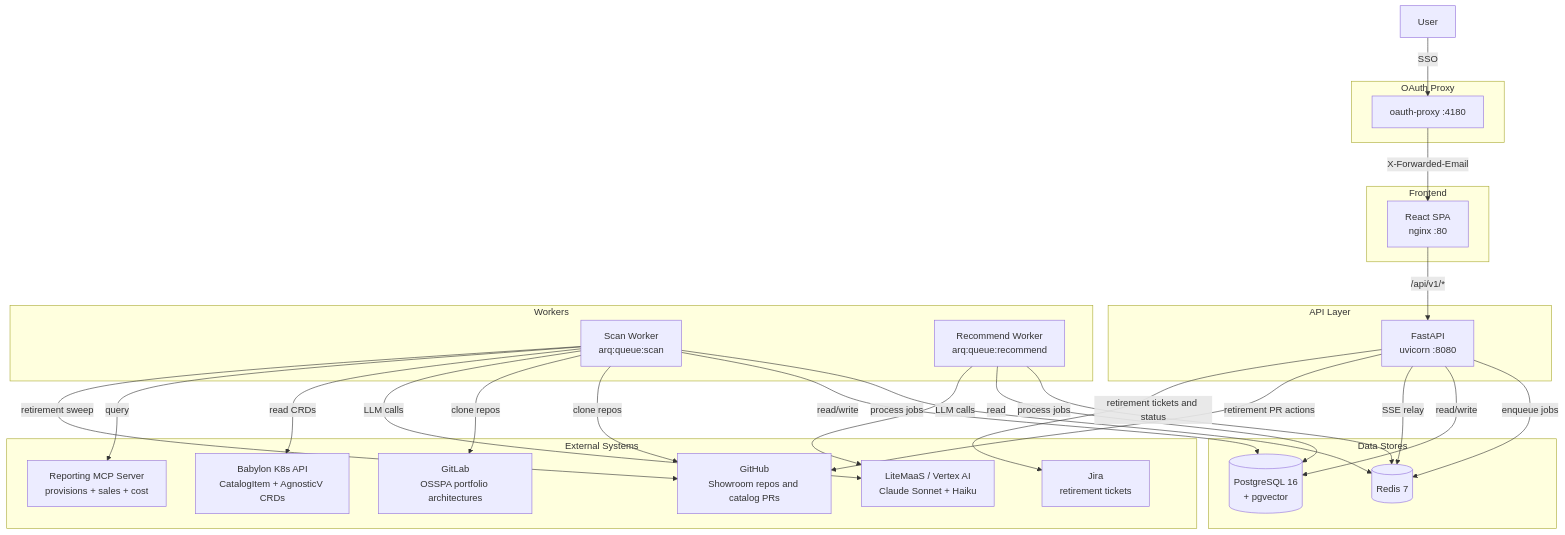
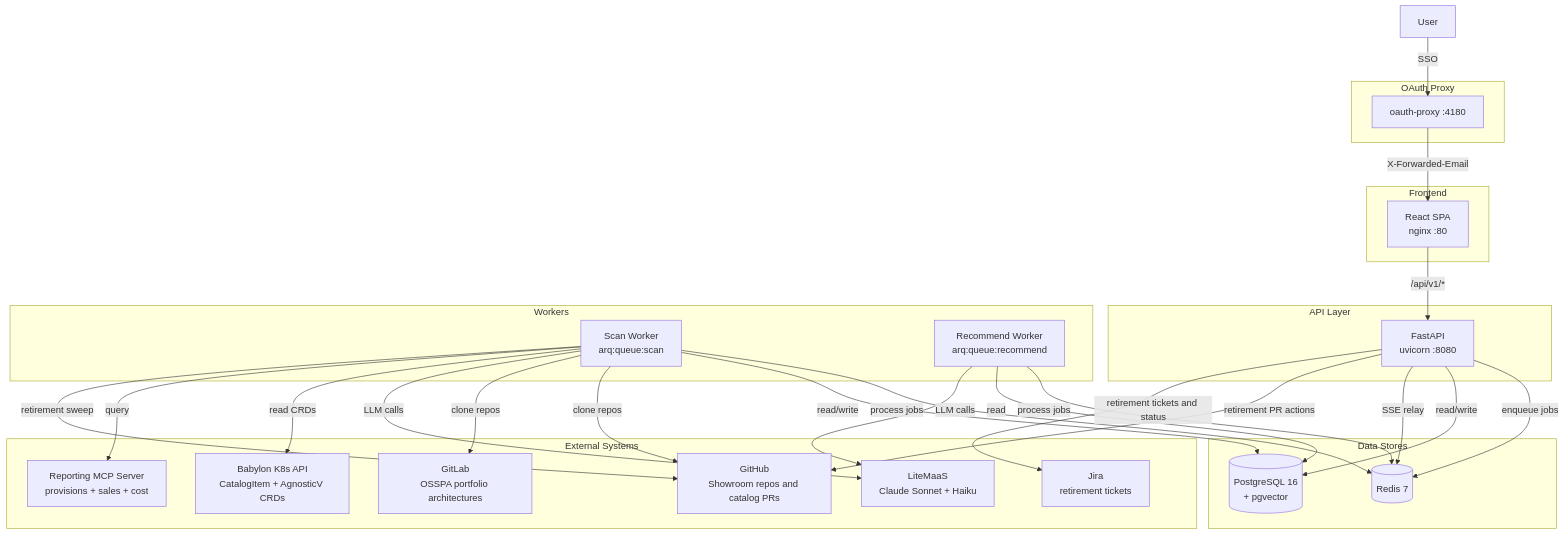
The diagram in docs/architecture/system-design.md (rhpds/rcars), drawn with Mermaid before and after one commit. The commit also changed other lines of this file and 36 other files, not shown here.

First line of the commit message:
[RHDPCD-2226] Move LLM defaults to Claude 5.5 and make the Vertex fallback dormant (#196)

````diff
--- a/docs/architecture/system-design.md
+++ b/docs/architecture/system-design.md
@@ -27,53 +27,53 @@
 ```mermaid
 graph TB
     subgraph "Frontend"
         FE[React SPA<br/>nginx :80]
     end
     
     subgraph "OAuth Proxy"
         OA[oauth-proxy :4180]
     end
     
     subgraph "API Layer"
         API[FastAPI<br/>uvicorn :8080]
     end
     
     subgraph "Workers"
         SW[Scan Worker<br/>arq:queue:scan]
         RW[Recommend Worker<br/>arq:queue:recommend]
     end
     
     subgraph "Data Stores"
         PG[(PostgreSQL 16<br/>+ pgvector)]
         RD[(Redis 7)]
     end
     
     subgraph "External Systems"
         K8S[Babylon K8s API<br/>CatalogItem + AgnosticV CRDs]
         GH[GitHub<br/>Showroom repos and catalog PRs]
         Jira[Jira<br/>retirement tickets]
         GL[GitLab<br/>OSSPA portfolio architectures]
-        LLM[LiteMaaS / Vertex AI<br/>Claude Sonnet + Haiku]
+        LLM[LiteMaaS<br/>Claude Sonnet + Haiku]
         RPT[Reporting MCP Server<br/>provisions + sales + cost]
     end
     
     User -->|SSO| OA
     OA -->|X-Forwarded-Email| FE
     FE -->|/api/v1/*| API
     API -->|enqueue jobs| RD
     API -->|read/write| PG
     API -->|SSE relay| RD
     API -->|retirement PR actions| GH
     API -->|retirement tickets and status| Jira
     SW -->|process jobs| RD
     SW -->|read/write| PG
     SW -->|clone repos| GH
     SW -->|clone repos| GL
     SW -->|LLM calls| LLM
     SW -->|read CRDs| K8S
     SW -->|query| RPT
     SW -->|retirement sweep| GH
     RW -->|process jobs| RD
     RW -->|read| PG
     RW -->|LLM calls| LLM
 ```
````
